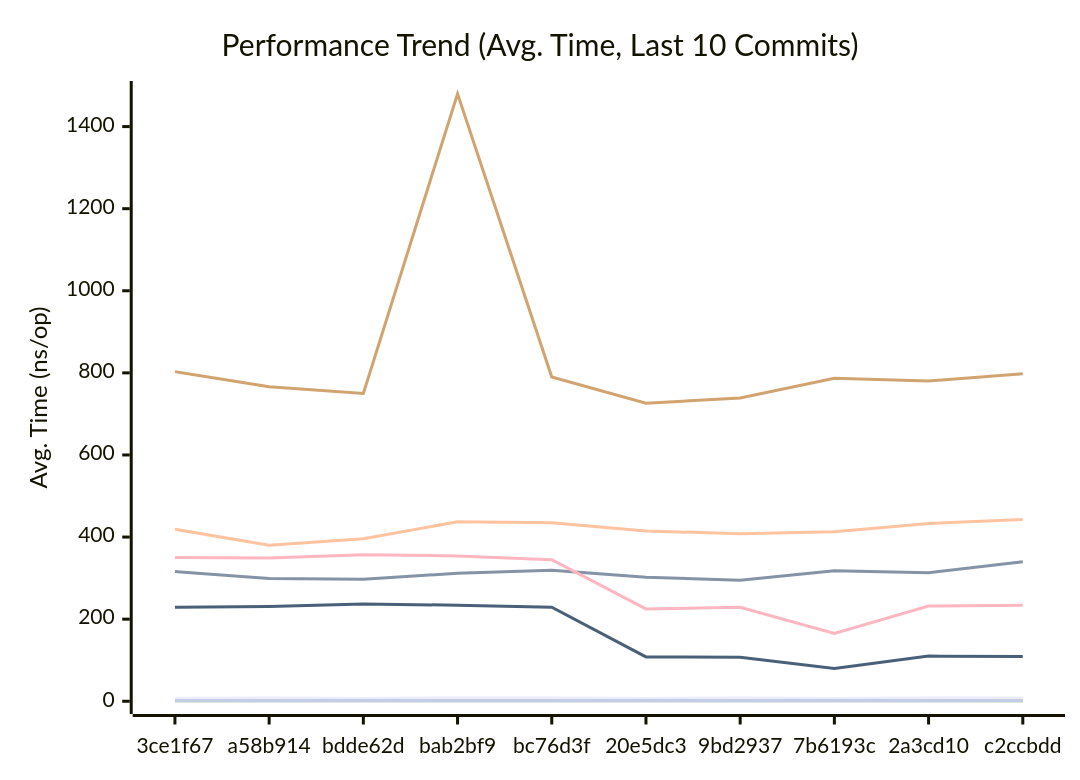
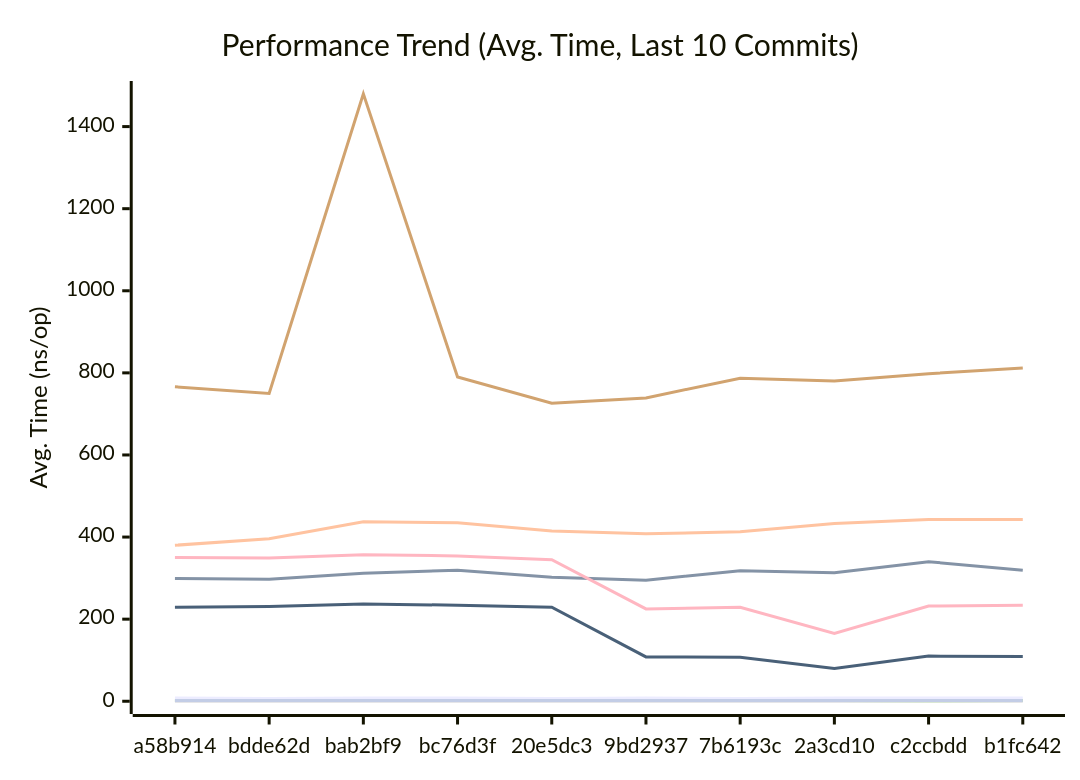
Before and after one commit to alsotoes/momo: the first of 3 diagrams in docs/PERFORMANCE.md, drawn with Mermaid. The commit also changed other lines of this file and 2 other files, not shown here.

````diff
--- a/docs/PERFORMANCE.md
+++ b/docs/PERFORMANCE.md
@@ -80,16 +80,16 @@
 ```mermaid
 xychart-beta
     title "Performance Trend (Avg. Time, Last 10 Commits)"
     x-axis "Commit"
     y-axis "Avg. Time (ns/op)"
-    x-axis [3ce1f67,a58b914,bdde62d,bab2bf9,bc76d3f,20e5dc3,9bd2937,7b6193c,2a3cd10,c2ccbdd]
-    line "CheckMetricsAndSwap" [7,8,7,8,8,7,8,7,8,8]
-    line "CrushOptimized" [316,299,297,312,319,302,295,318,313,340]
-    line "CrushOriginal" [419,380,396,437,435,415,408,413,433,443]
+    x-axis [a58b914,bdde62d,bab2bf9,bc76d3f,20e5dc3,9bd2937,7b6193c,2a3cd10,c2ccbdd,b1fc642]
+    line "CheckMetricsAndSwap" [8,7,8,8,7,8,7,8,8,8]
+    line "CrushOptimized" [299,297,312,319,302,295,318,313,340,319]
+    line "CrushOriginal" [380,396,437,435,415,408,413,433,443,443]
     line "IndexDirectTracking" [0,0,0,0,0,0,0,0,0,0]
-    line "IndexSearch" [1,2,2,2,2,2,2,2,2,1]
-    line "LoadGlobalConfig" [803,766,750,1480,790,726,739,787,780,798]
+    line "IndexSearch" [2,2,2,2,2,2,2,2,1,2]
+    line "LoadGlobalConfig" [766,750,1480,790,726,739,787,780,798,812]
     line "PadString" [2,2,2,2,2,2,2,2,2,2]
     line "ParseReplicationOrder_NoPrealloc" [350,349,357,354,345,225,229,165,232,234]
     line "ParseReplicationOrder_Prealloc" [229,231,237,234,229,108,107,80,110,109]
 ```
````
